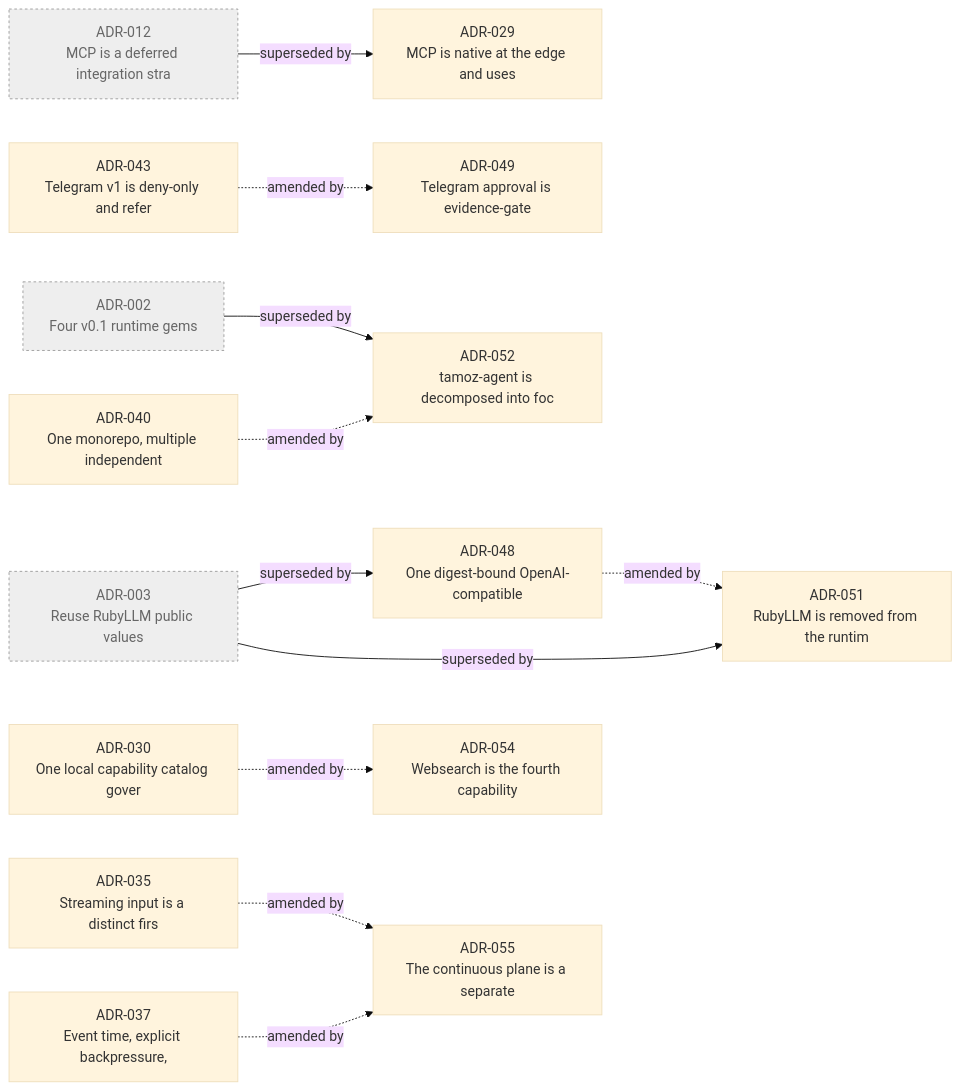
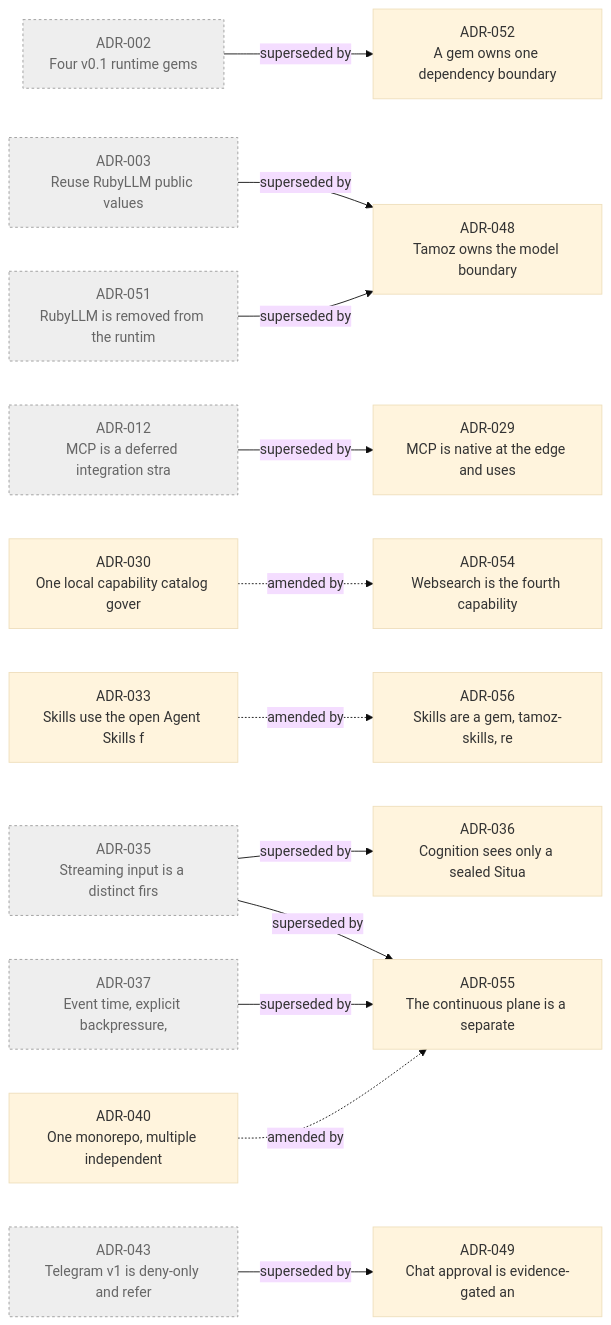
Before and after one commit to ghassan-ai-projects/tamoz: the diagram in documentation/adr/relationships.md, drawn with Mermaid (base theme). The commit also changed 122 other files, not shown here.

````diff
--- a/documentation/adr/relationships.md
+++ b/documentation/adr/relationships.md
@@ -8,29 +8,33 @@
 ```mermaid
 graph LR
   A002["ADR-002<br/>Four v0.1 runtime gems"]:::retired
   A003["ADR-003<br/>Reuse RubyLLM public values"]:::retired
   A012["ADR-012<br/>MCP is a deferred integration stra"]:::retired
   A029["ADR-029<br/>MCP is native at the edge and uses"]
   A030["ADR-030<br/>One local capability catalog gover"]
-  A035["ADR-035<br/>Streaming input is a distinct firs"]
-  A037["ADR-037<br/>Event time, explicit backpressure,"]
+  A033["ADR-033<br/>Skills use the open Agent Skills f"]
+  A035["ADR-035<br/>Streaming input is a distinct firs"]:::retired
+  A036["ADR-036<br/>Cognition sees only a sealed Situa"]
+  A037["ADR-037<br/>Event time, explicit backpressure,"]:::retired
   A040["ADR-040<br/>One monorepo, multiple independent"]
-  A043["ADR-043<br/>Telegram v1 is deny-only and refer"]
-  A048["ADR-048<br/>One digest-bound OpenAI-compatible"]
-  A049["ADR-049<br/>Telegram approval is evidence-gate"]
-  A051["ADR-051<br/>RubyLLM is removed from the runtim"]
-  A052["ADR-052<br/>tamoz-agent is decomposed into foc"]
+  A043["ADR-043<br/>Telegram v1 is deny-only and refer"]:::retired
+  A048["ADR-048<br/>Tamoz owns the model boundary"]
+  A049["ADR-049<br/>Chat approval is evidence-gated an"]
+  A051["ADR-051<br/>RubyLLM is removed from the runtim"]:::retired
+  A052["ADR-052<br/>A gem owns one dependency boundary"]
   A054["ADR-054<br/>Websearch is the fourth capability"]
   A055["ADR-055<br/>The continuous plane is a separate"]
+  A056["ADR-056<br/>Skills are a gem, tamoz-skills, re"]
   A002 -->|superseded by| A052
   A003 -->|superseded by| A048
-  A003 -->|superseded by| A051
   A012 -->|superseded by| A029
   A030 -.->|amended by| A054
-  A035 -.->|amended by| A055
-  A037 -.->|amended by| A055
-  A040 -.->|amended by| A052
-  A043 -.->|amended by| A049
-  A048 -.->|amended by| A051
+  A033 -.->|amended by| A056
+  A035 -->|superseded by| A036
+  A035 -->|superseded by| A055
+  A037 -->|superseded by| A055
+  A040 -.->|amended by| A055
+  A043 -->|superseded by| A049
+  A051 -->|superseded by| A048
   classDef retired fill:#eee,stroke:#999,color:#666,stroke-dasharray:3 3;
 ```
````
